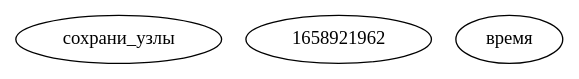
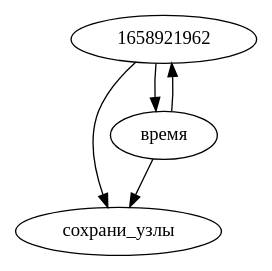
Before and after one commit to LeonovEvgenii/AGI: the diagram in graphs/local_graph.dot, drawn with Graphviz. The commit also changed 3 other files, not shown here.

```diff
--- a/graphs/local_graph.dot
+++ b/graphs/local_graph.dot
@@ -1,5 +1,6 @@
 digraph G {
-сохрани_узлы
-1658921962
-время
+1658921962 -> сохрани_узлы
+1658921962 -> время
+время -> сохрани_узлы
+время -> 1658921962
 }
```
